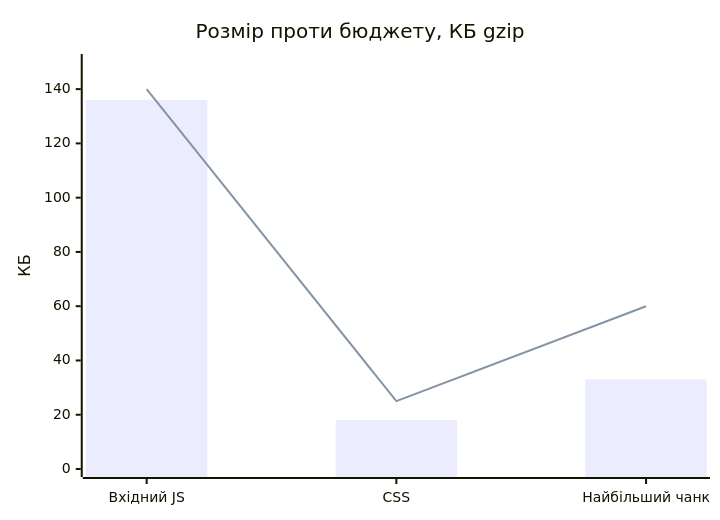
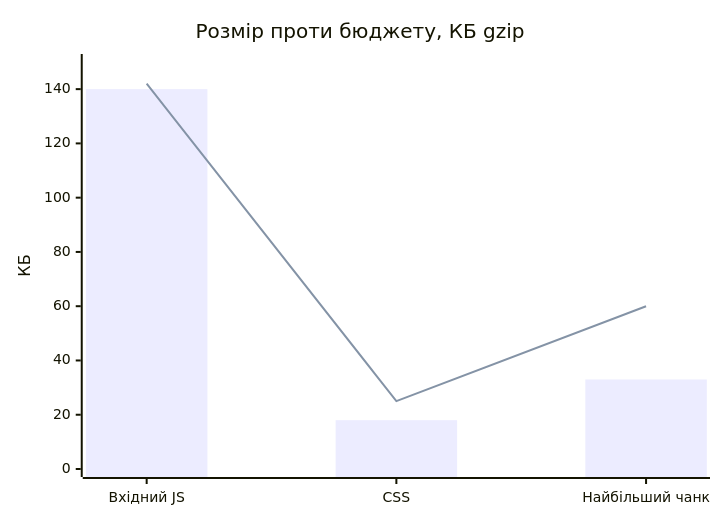
Before and after one commit to tsukanovSerhii/FitPulse: the third of 3 diagrams in docs/quality.md, drawn with Mermaid. The commit also changed 6 other files, not shown here.

````diff
--- a/docs/quality.md
+++ b/docs/quality.md
@@ -40,8 +40,8 @@
 ```mermaid
 xychart-beta
   title "Розмір проти бюджету, КБ gzip"
   x-axis ["Вхідний JS", "CSS", "Найбільший чанк"]
   y-axis "КБ" 0 --> 150
-  bar [136, 18, 33]
-  line [140, 25, 60]
+  bar [140, 18, 33]
+  line [142, 25, 60]
 ```
````
